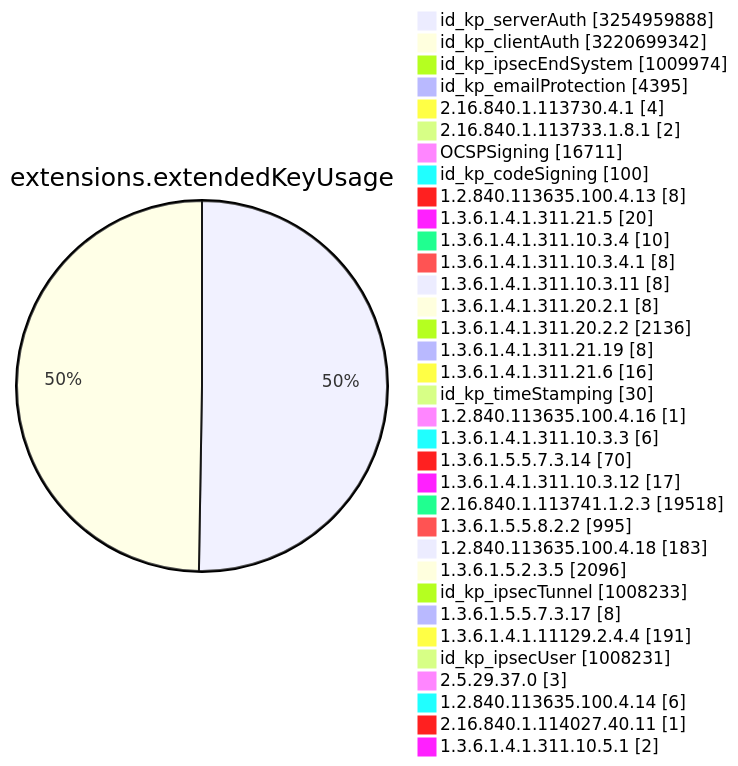
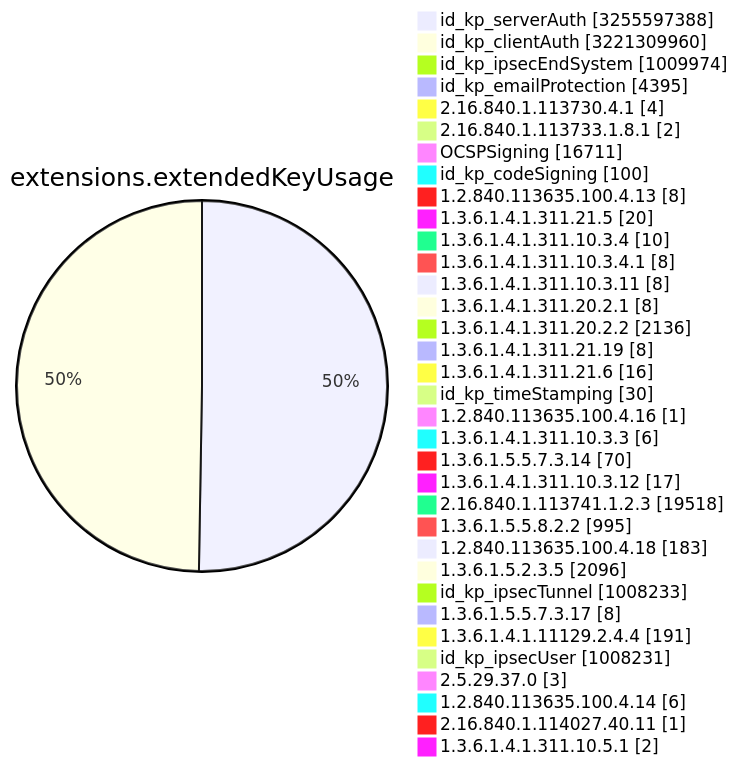
Diagram 11 of 15 in TOTAL/README.md (christiankrug/ctmonitor_visualization), drawn with Mermaid before and after one commit. The commit also changed other lines of this file, not shown here.

````diff
--- a/TOTAL/README.md
+++ b/TOTAL/README.md
@@ -4119,38 +4119,38 @@
 ```mermaid
 pie showData
 title extensions.extendedKeyUsage
-"id_kp_serverAuth" :3254959888
-"id_kp_clientAuth" :3220699342
+"id_kp_serverAuth" :3255597388
+"id_kp_clientAuth" :3221309960
 "id_kp_ipsecEndSystem" :1009974
 "id_kp_emailProtection" :4395
 "2.16.840.1.113730.4.1" :4
 "2.16.840.1.113733.1.8.1" :2
 "OCSPSigning" :16711
 "id_kp_codeSigning" :100
 "1.2.840.113635.100.4.13" :8
 "1.3.6.1.4.1.311.21.5" :20
 "1.3.6.1.4.1.311.10.3.4" :10
 "1.3.6.1.4.1.311.10.3.4.1" :8
 "1.3.6.1.4.1.311.10.3.11" :8
 "1.3.6.1.4.1.311.20.2.1" :8
 "1.3.6.1.4.1.311.20.2.2" :2136
 "1.3.6.1.4.1.311.21.19" :8
 "1.3.6.1.4.1.311.21.6" :16
 "id_kp_timeStamping" :30
 "1.2.840.113635.100.4.16" :1
 "1.3.6.1.4.1.311.10.3.3" :6
 "1.3.6.1.5.5.7.3.14" :70
 "1.3.6.1.4.1.311.10.3.12" :17
 "2.16.840.1.113741.1.2.3" :19518
 "1.3.6.1.5.5.8.2.2" :995
 "1.2.840.113635.100.4.18" :183
 "1.3.6.1.5.2.3.5" :2096
 "id_kp_ipsecTunnel" :1008233
 "1.3.6.1.5.5.7.3.17" :8
 "1.3.6.1.4.1.11129.2.4.4" :191
 "id_kp_ipsecUser" :1008231
 "2.5.29.37.0" :3
 "1.2.840.113635.100.4.14" :6
 "2.16.840.1.114027.40.11" :1
 "1.3.6.1.4.1.311.10.5.1" :2
 ```
````
